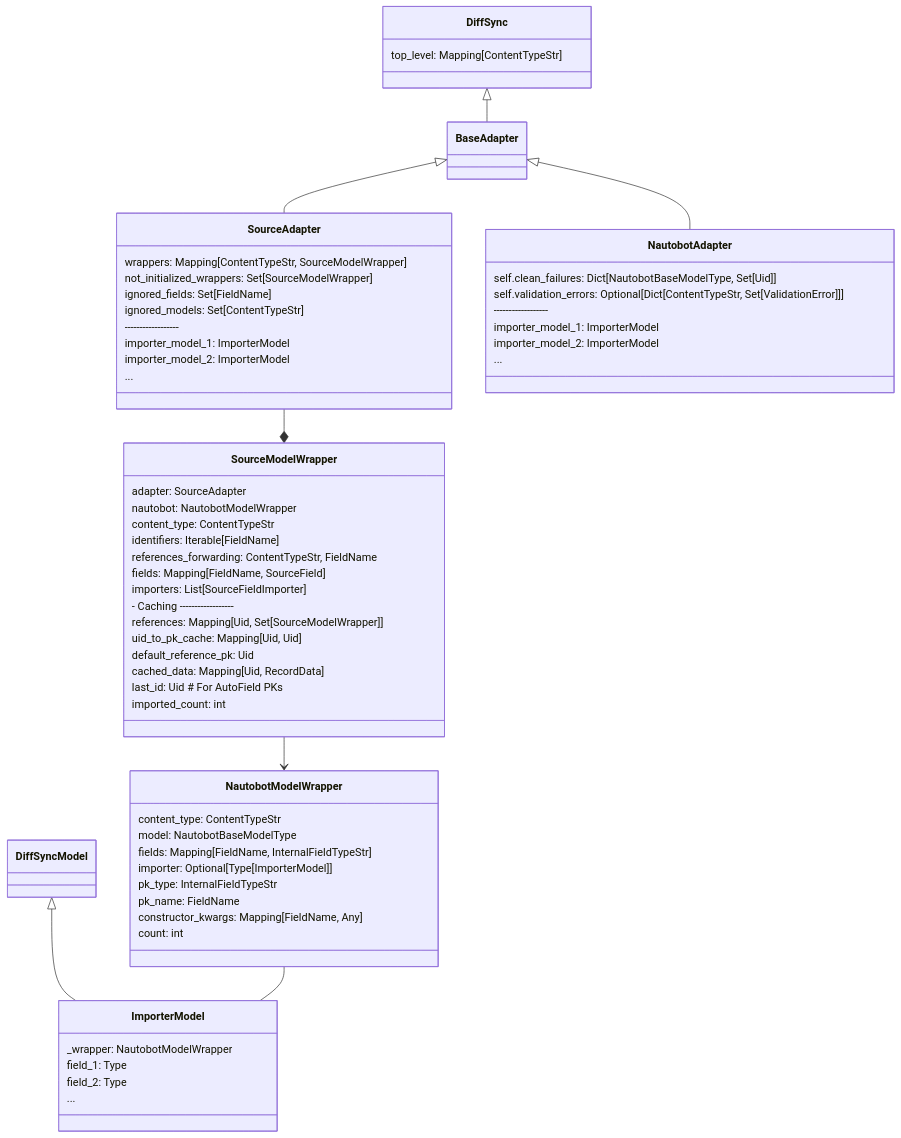
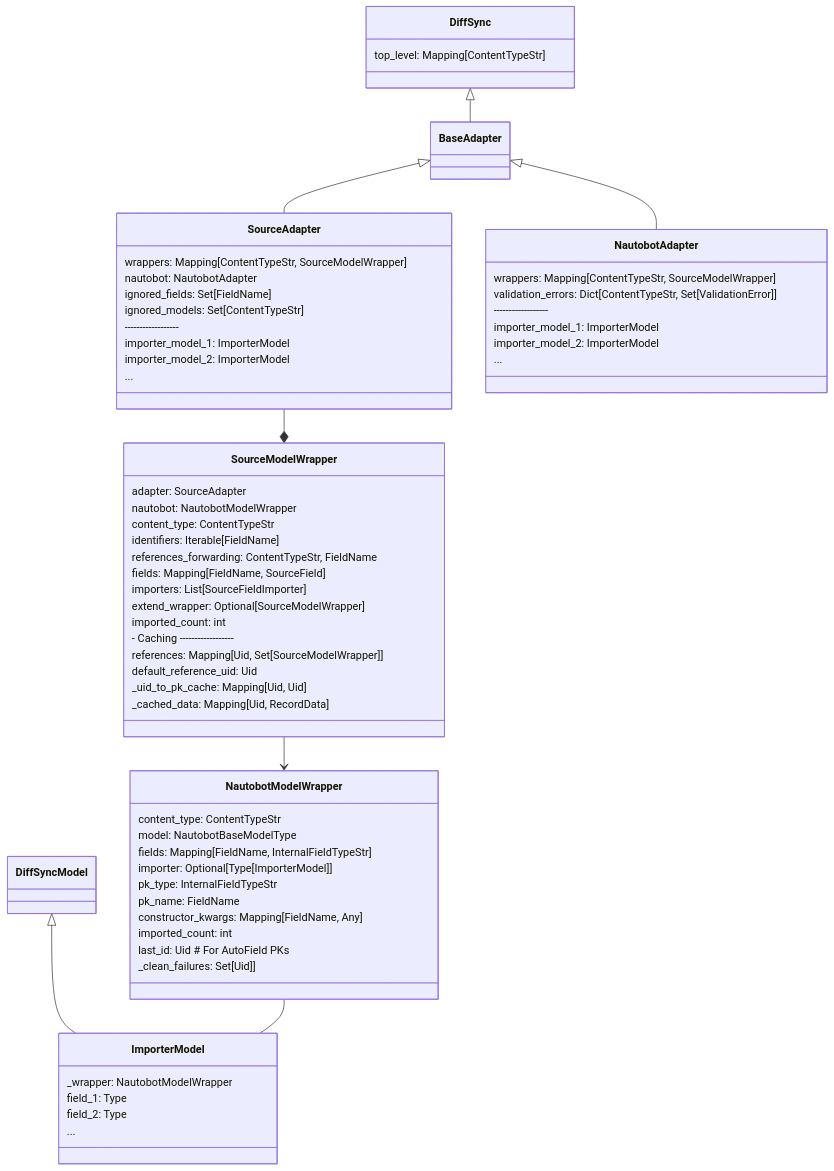
The diagram in docs/dev/importer.md (nautobot/nautobot-app-netbox-importer), drawn with Mermaid before and after one commit. The commit also changed other lines of this file and 6 other files, not shown here.

````diff
--- a/docs/dev/importer.md
+++ b/docs/dev/importer.md
@@ -88,70 +83,72 @@
 ```mermaid
 classDiagram
     class DiffSync {
         top_level: Mapping[ContentTypeStr]
     }
     class DiffSyncModel {
         
     }
     class BaseAdapter {
         
     }
     class SourceAdapter {
         wrappers: Mapping[ContentTypeStr, SourceModelWrapper]
-        not_initialized_wrappers: Set[SourceModelWrapper]
+        nautobot: NautobotAdapter
         ignored_fields: Set[FieldName]
         ignored_models: Set[ContentTypeStr]
         ------------------
         importer_model_1: ImporterModel
         importer_model_2: ImporterModel
         ...
     }
     class SourceModelWrapper {
         adapter: SourceAdapter
         nautobot: NautobotModelWrapper
         content_type: ContentTypeStr
         identifiers: Iterable[FieldName]
         references_forwarding: ContentTypeStr, FieldName
         fields: Mapping[FieldName, SourceField]
         importers: List[SourceFieldImporter]
+        extend_wrapper: Optional[SourceModelWrapper]
+        imported_count: int
         - Caching ------------------
         references: Mapping[Uid, Set[SourceModelWrapper]]
-        uid_to_pk_cache: Mapping[Uid, Uid]
-        default_reference_pk: Uid
-        cached_data: Mapping[Uid, RecordData]
-        last_id: Uid  # For AutoField PKs
-        imported_count: int
+        default_reference_uid: Uid
+        _uid_to_pk_cache: Mapping[Uid, Uid]
+        _cached_data: Mapping[Uid, RecordData]
     }
     class NautobotModelWrapper {
         content_type: ContentTypeStr
         model: NautobotBaseModelType
         fields: Mapping[FieldName, InternalFieldTypeStr]
         importer: Optional[Type[ImporterModel]]
         pk_type: InternalFieldTypeStr
         pk_name: FieldName
         constructor_kwargs: Mapping[FieldName, Any]
-        count: int
+        imported_count: int
+        last_id: Uid  # For AutoField PKs
+        _clean_failures: Set[Uid]]
     }
     class NautobotAdapter {
-        self.clean_failures: Dict[NautobotBaseModelType, Set[Uid]]
-        self.validation_errors: Optional[Dict[ContentTypeStr, Set[ValidationError]]]
+        wrappers: Mapping[ContentTypeStr, SourceModelWrapper]
+        validation_errors: Dict[ContentTypeStr, Set[ValidationError]]
         ------------------
         importer_model_1: ImporterModel
         importer_model_2: ImporterModel
         ...
     }
     class ImporterModel {
         _wrapper: NautobotModelWrapper
         field_1: Type
         field_2: Type
         ...
     }
 
     DiffSync <|-- BaseAdapter
     DiffSyncModel <|-- ImporterModel
     BaseAdapter <|-- SourceAdapter
     SourceModelWrapper --> NautobotModelWrapper
     SourceAdapter --* SourceModelWrapper
     BaseAdapter <|-- NautobotAdapter
     NautobotModelWrapper -- ImporterModel
 ```
````
